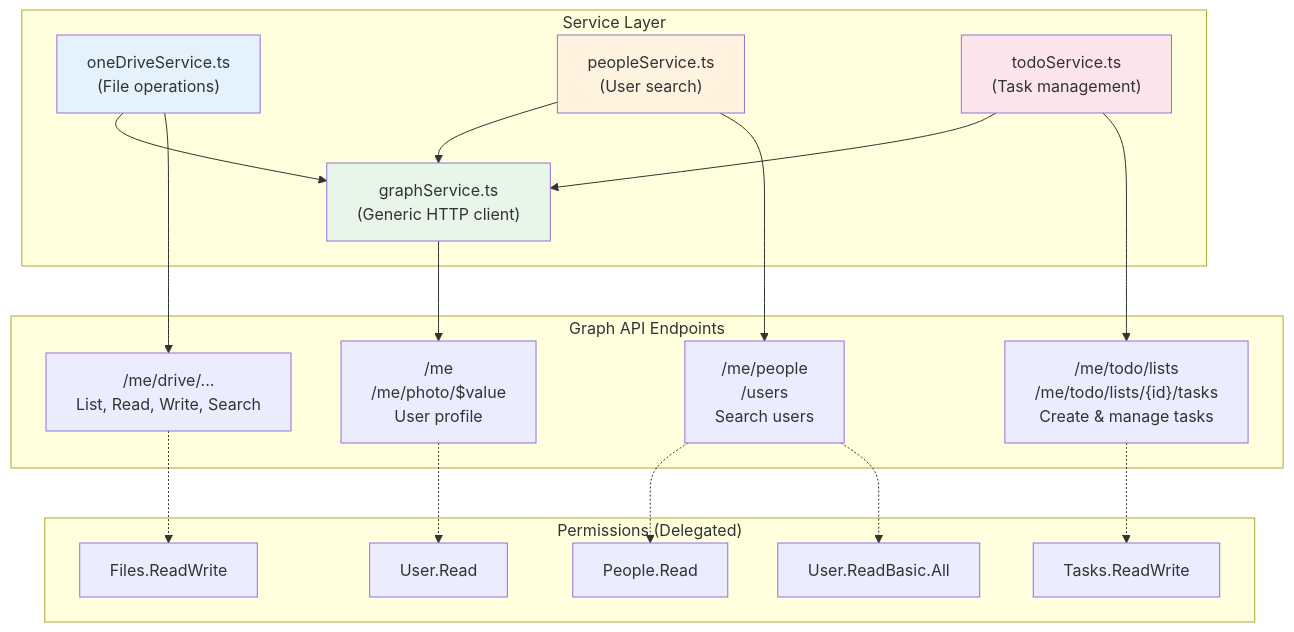
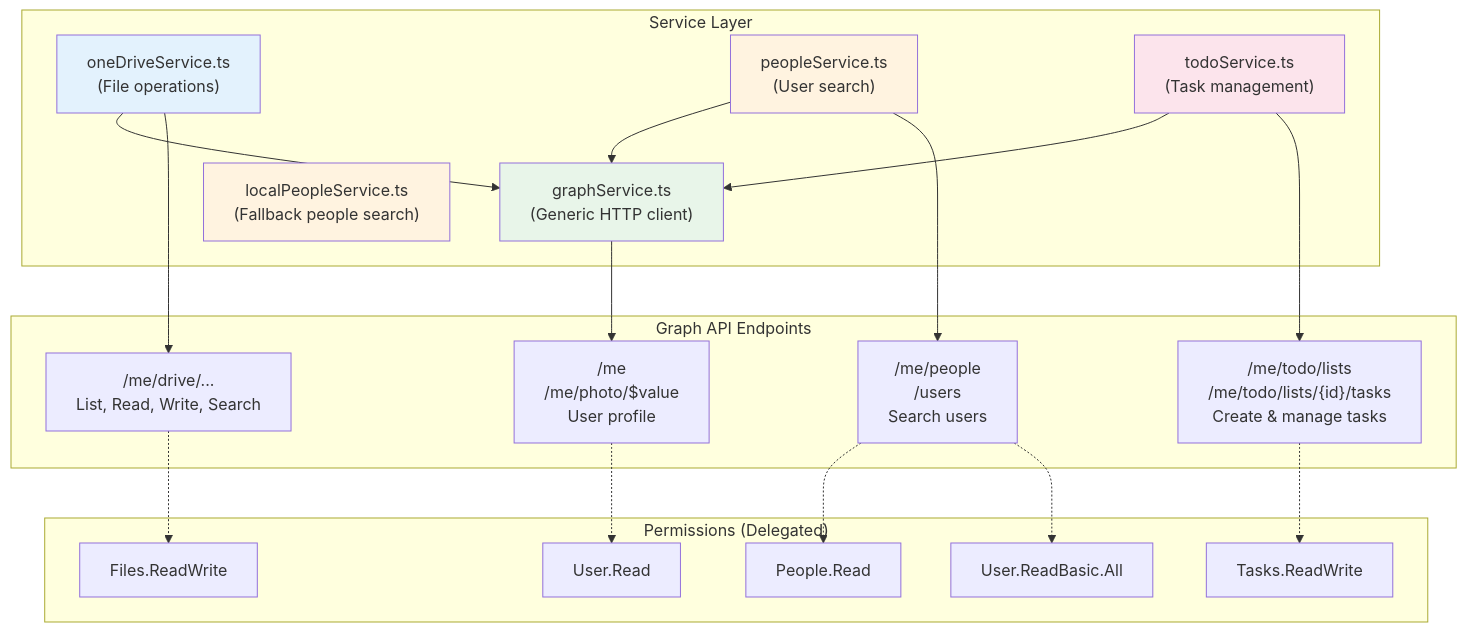
One commit to mazharm/mdedit changed the tenth of 14 diagrams in docs/DESIGN.md. Above: the diagram before and after it, drawn with Mermaid. The commit also changed other lines of this file and 3 other files, not shown here.

````diff
--- a/docs/DESIGN.md
+++ b/docs/DESIGN.md
@@ -379,44 +473,46 @@
 ```mermaid
 graph TD
     subgraph "Service Layer"
         GS["graphService.ts<br/>(Generic HTTP client)"]
         ODS["oneDriveService.ts<br/>(File operations)"]
         PS["peopleService.ts<br/>(User search)"]
+        LPS["localPeopleService.ts<br/>(Fallback people search)"]
         TS["todoService.ts<br/>(Task management)"]
     end
 
     subgraph "Graph API Endpoints"
         FILES["/me/drive/...<br/>List, Read, Write, Search"]
         PEOPLE["/me/people<br/>/users<br/>Search users"]
         TODOS["/me/todo/lists<br/>/me/todo/lists/{id}/tasks<br/>Create & manage tasks"]
         ME["/me<br/>/me/photo/$value<br/>User profile"]
     end
 
     subgraph "Permissions (Delegated)"
         P1["Files.ReadWrite"]
         P2["People.Read"]
         P3["Tasks.ReadWrite"]
         P4["User.Read"]
         P5["User.ReadBasic.All"]
     end
 
     ODS --> GS
     PS --> GS
     TS --> GS
 
     ODS --> FILES
     PS --> PEOPLE
     TS --> TODOS
     GS --> ME
 
     FILES -.-> P1
     PEOPLE -.-> P2
     TODOS -.-> P3
     ME -.-> P4
     PEOPLE -.-> P5
 
     style GS fill:#e8f5e9
     style ODS fill:#e3f2fd
     style PS fill:#fff3e0
+    style LPS fill:#fff3e0
     style TS fill:#fce4ec
 ```
````
